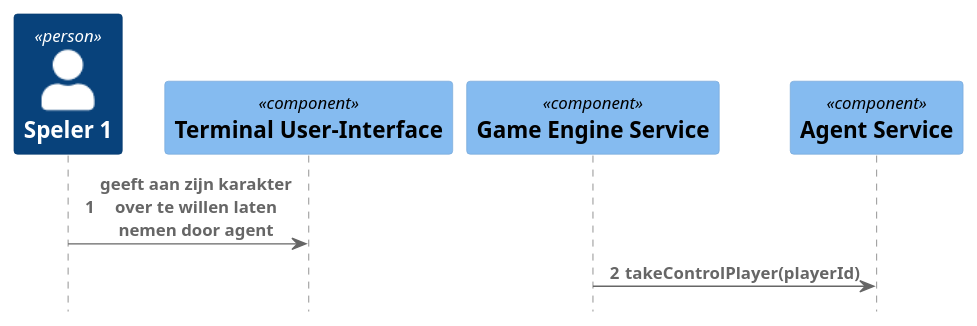
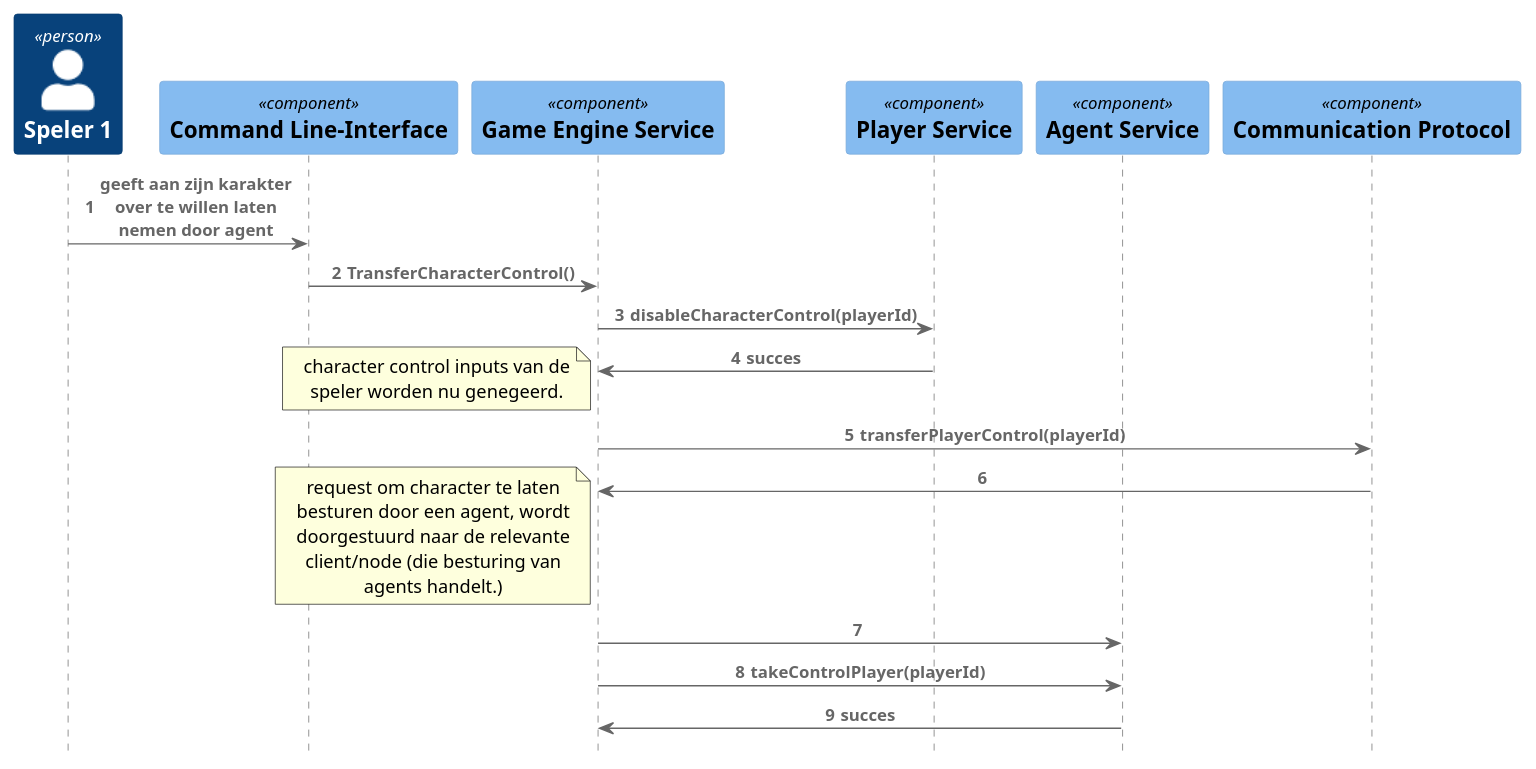
One commit to DaanBannaan/SAD-sequentie changed the first of 2 diagrams in agentNeemtOver.puml. Above: the diagram before and after it, drawn with PlantUML. The commit also changed other lines of this file and 1 other file, not shown here.

```diff
--- a/agentNeemtOver.puml
+++ b/agentNeemtOver.puml
@@ -3,18 +3,37 @@
 @startuml
 
 !include https://raw.githubusercontent.com/plantuml-stdlib/C4-PlantUML/master/C4_Sequence.puml
 autonumber
 
 
 Person(speler, "Speler 1")
-Component(tui, "Terminal User-Interface")
+Component(cli, "Command Line-Interface")
 Component(engine, "Game Engine Service")
 
-Rel(speler, tui, geeft aan zijn karakter over te willen laten nemen door agent)
+Rel(speler, cli, geeft aan zijn karakter over te willen laten nemen door agent)
+Rel(cli, engine, TransferCharacterControl())
 
+Component(player, "Player Service")
 Component(agent, "Agent Service")
 
+Rel(engine, player, disableCharacterControl(playerId))
+Rel(player, engine, succes)
+
+note left: character control inputs van de speler worden nu genegeerd.
+
+Component(comms, "Communication Protocol")
+Rel(engine, comms, transferPlayerControl(playerId))
+Rel(comms, engine, )
+note left: request om character te laten besturen door een agent, wordt doorgestuurd naar de relevante client/node (die besturing van agents handelt.)
+Rel(engine, agent, )
+
+
 Rel(engine, agent, takeControlPlayer(playerId))
+Rel(agent, engine, succes)
+
+
+
+
 
 
 @enduml
```
